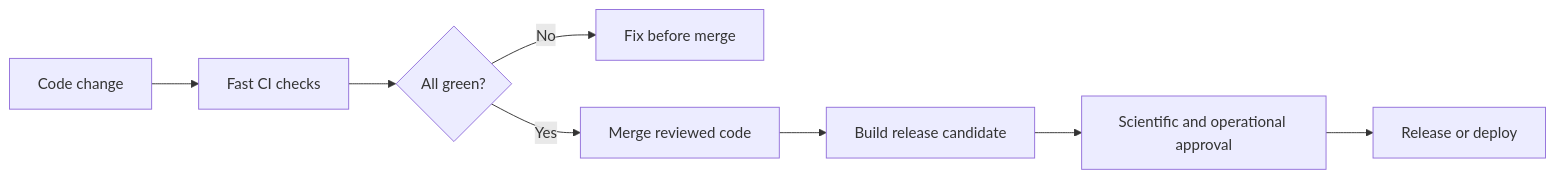
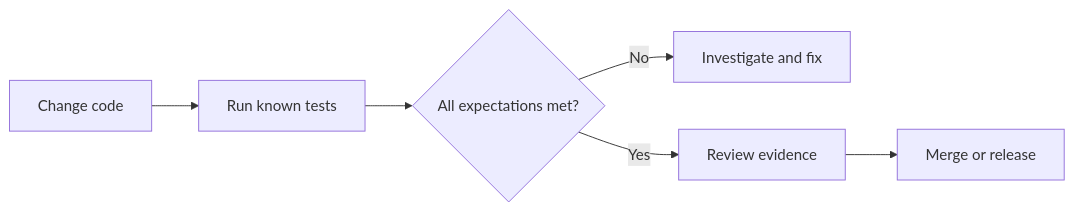
One commit to Caffeinated-Code/Bioinformatics_Field_Guide changed the first of 3 diagrams in content/posts/week-07-rnaseq-in-seven-minutes.md. Above: the diagram before and after it, drawn with Mermaid. The commit also changed other lines of this file and 11 other files, not shown here.

````diff
--- a/content/posts/week-07-rnaseq-in-seven-minutes.md
+++ b/content/posts/week-07-rnaseq-in-seven-minutes.md
@@ -32,10 +38,8 @@
 ```mermaid
 flowchart LR
-  change["Code change"] --> fast["Fast CI checks"]
-  fast --> decision{"All green?"}
-  decision -->|No| fix["Fix before merge"]
-  decision -->|Yes| merge["Merge reviewed code"]
-  merge --> release["Build release candidate"]
-  release --> approval["Scientific and operational approval"]
-  approval --> deploy["Release or deploy"]
+  change["Change code"] --> tests["Run known tests"]
+  tests --> result{"All expectations met?"}
+  result -->|No| fix["Investigate and fix"]
+  result -->|Yes| review["Review evidence"]
+  review --> release["Merge or release"]
 ```
````
